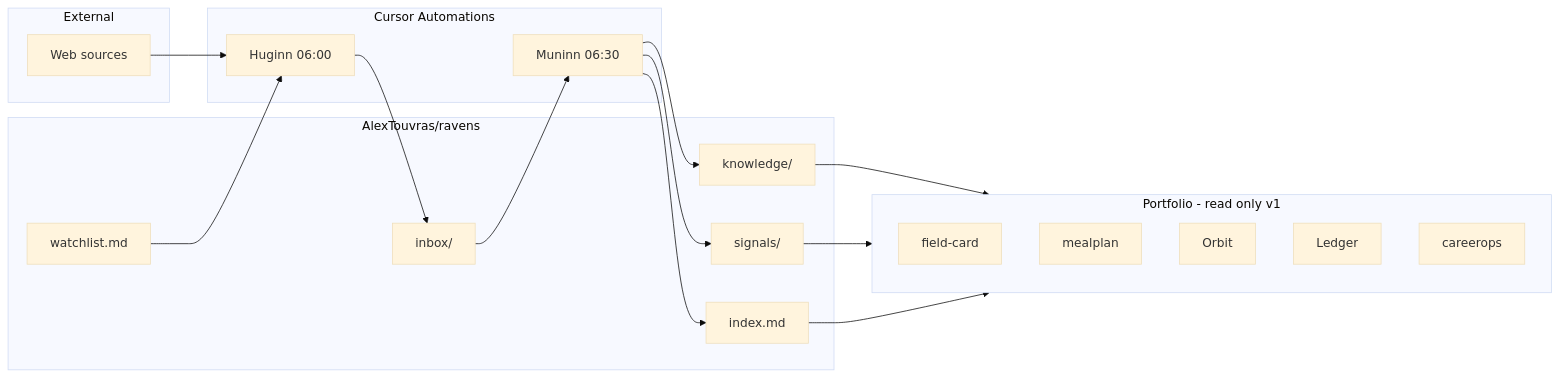
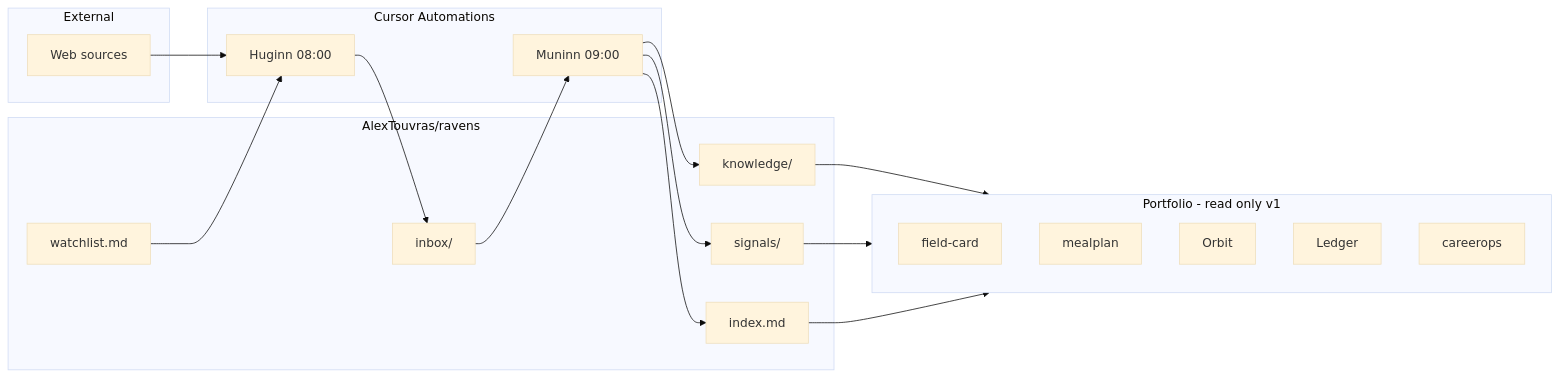
Before and after one commit to AlexTouvras/ravens: the first of 4 diagrams in docs/architecture/overview.md, drawn with Mermaid (base theme). The commit also changed other lines of this file and 4 other files, not shown here.

First line of the commit message:
Document Huginn 08:00 / Muninn 09:00 after team rate-limit misses.

````diff
--- a/docs/architecture/overview.md
+++ b/docs/architecture/overview.md
@@ -7,38 +7,38 @@
 ```mermaid
 flowchart LR
   subgraph sources [External]
     Web[Web sources]
   end
 
   subgraph ravens [AlexTouvras/ravens]
     WL[watchlist.md]
     Inbox[inbox/]
     Know[knowledge/]
     Sig[signals/]
     Idx[index.md]
   end
 
   subgraph agents [Cursor Automations]
-    H[Huginn 06:00]
-    M[Muninn 06:30]
+    H[Huginn 08:00]
+    M[Muninn 09:00]
   end
 
   subgraph consumers [Portfolio - read only v1]
     FC[field-card]
     MP[mealplan]
     OR[Orbit]
     LD[Ledger]
     CO[careerops]
   end
 
   WL --> H
   Web --> H
   H --> Inbox
   Inbox --> M
   M --> Know
   M --> Sig
   M --> Idx
   Know --> consumers
   Sig --> consumers
   Idx --> consumers
 ```
````
